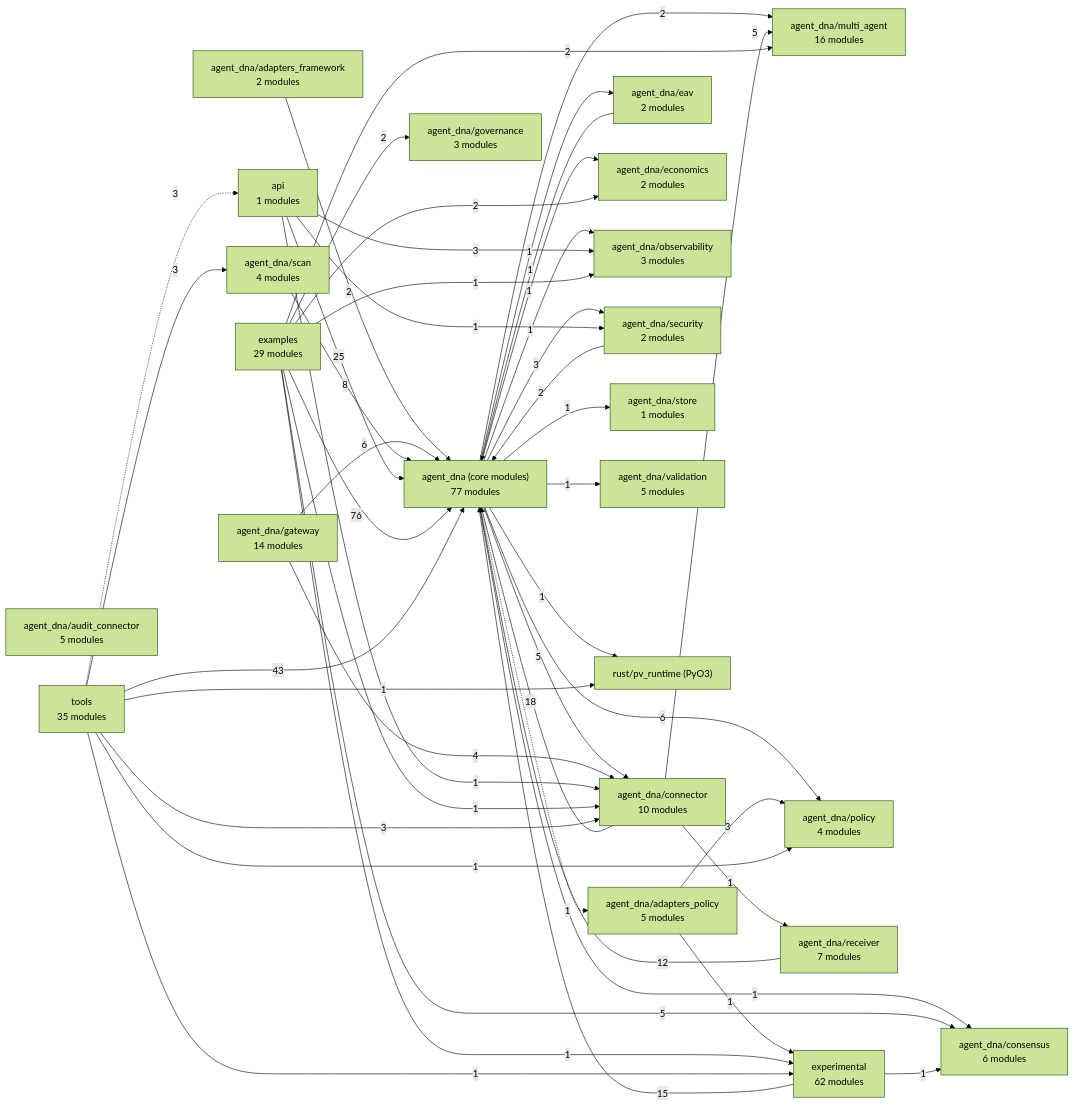
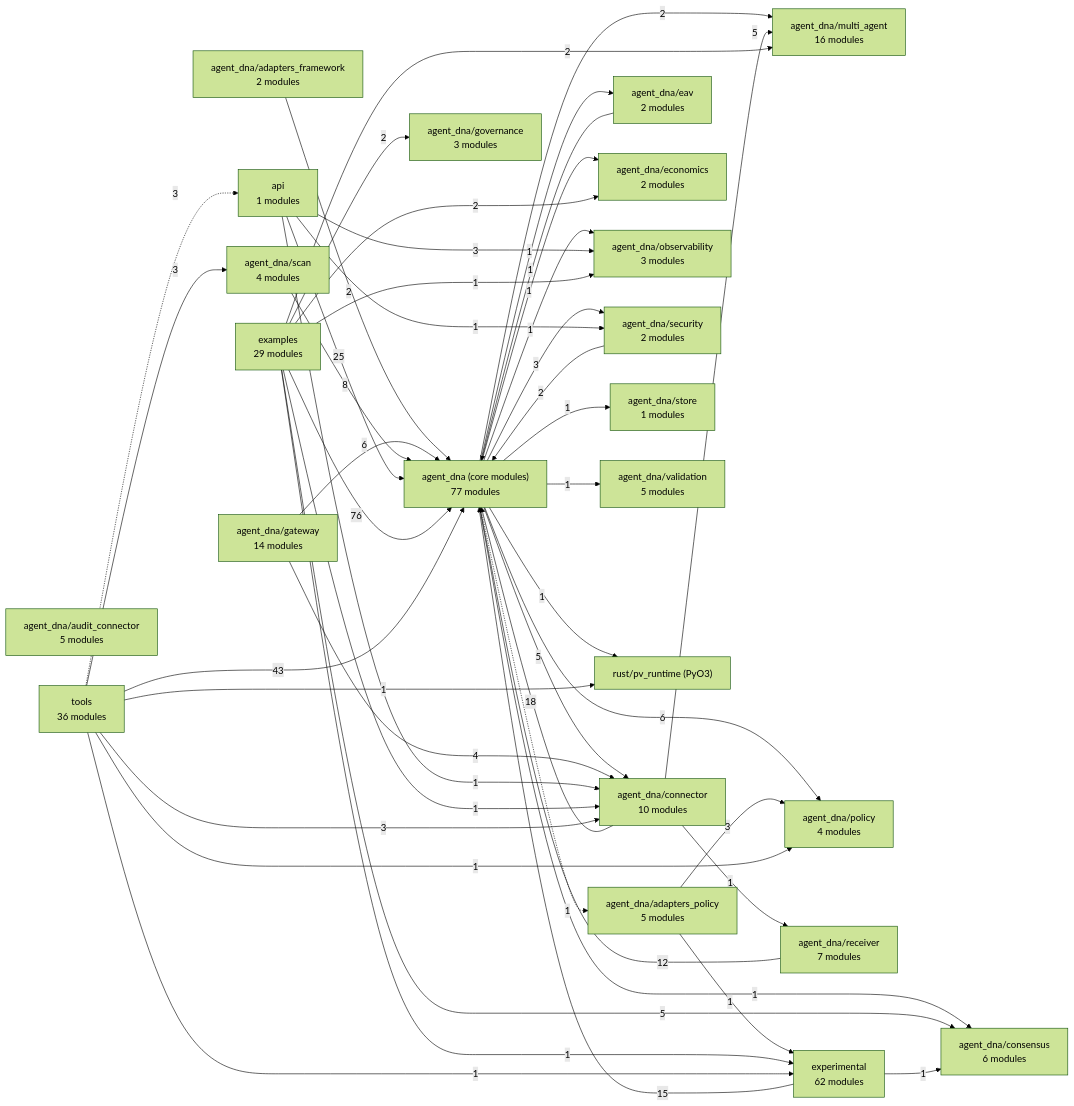
One commit to LOLA0786/privatevault-agent-dna changed the diagram in docs/architecture/MAP.md. Above: the diagram before and after it, drawn with Mermaid (forest theme). The commit also changed other lines of this file and 9 other files, not shown here.

````diff
--- a/docs/architecture/MAP.md
+++ b/docs/architecture/MAP.md
@@ -7,71 +7,71 @@
 ```mermaid
 flowchart LR
   n0["agent_dna (core modules)<br/>77 modules"]
   n1["agent_dna/adapters_framework<br/>2 modules"]
   n2["agent_dna/adapters_policy<br/>5 modules"]
   n3["agent_dna/audit_connector<br/>5 modules"]
   n4["agent_dna/connector<br/>10 modules"]
   n5["agent_dna/consensus<br/>6 modules"]
   n6["agent_dna/eav<br/>2 modules"]
   n7["agent_dna/economics<br/>2 modules"]
   n8["agent_dna/gateway<br/>14 modules"]
   n9["agent_dna/governance<br/>3 modules"]
   n10["agent_dna/multi_agent<br/>16 modules"]
   n11["agent_dna/observability<br/>3 modules"]
   n12["agent_dna/policy<br/>4 modules"]
   n13["agent_dna/receiver<br/>7 modules"]
   n14["agent_dna/scan<br/>4 modules"]
   n15["agent_dna/security<br/>2 modules"]
   n16["agent_dna/store<br/>1 modules"]
   n17["agent_dna/validation<br/>5 modules"]
   n18["api<br/>1 modules"]
   n19["examples<br/>29 modules"]
   n20["experimental<br/>62 modules"]
   n21["rust/pv_runtime (PyO3)"]
-  n22["tools<br/>35 modules"]
+  n22["tools<br/>36 modules"]
   n0 -.->|1| n2
   n0 -->|5| n4
   n0 -->|1| n5
   n0 -->|1| n6
   n0 -->|1| n7
   n0 -->|2| n10
   n0 -->|1| n11
   n0 -->|6| n12
   n0 -->|3| n15
   n0 -->|1| n16
   n0 -->|1| n17
   n0 -->|1| n21
   n1 -->|2| n0
   n2 -->|3| n12
   n2 -->|1| n20
   n4 -->|18| n0
   n4 -->|5| n10
   n4 -->|1| n13
   n6 -->|1| n0
   n8 -->|6| n0
   n8 -->|4| n4
   n13 -->|12| n0
   n14 -->|8| n0
   n15 -->|2| n0
   n18 -->|25| n0
   n18 -->|1| n4
   n18 -->|3| n11
   n18 -->|1| n15
   n19 -->|76| n0
   n19 -->|1| n4
   n19 -->|5| n5
   n19 -->|2| n7
   n19 -->|2| n9
   n19 -->|2| n10
   n19 -->|1| n11
   n19 -->|1| n20
   n20 -->|15| n0
   n20 -->|1| n5
   n22 -->|43| n0
   n22 -->|3| n4
   n22 -->|1| n12
   n22 -->|3| n14
   n22 -.->|3| n18
   n22 -->|1| n20
   n22 -->|1| n21
 ```
````
